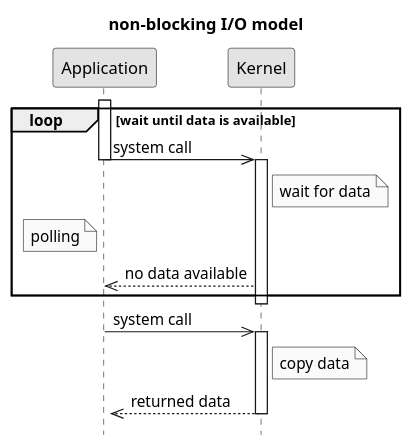
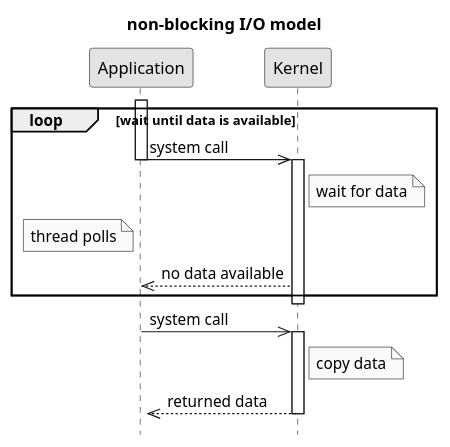
Before and after one commit to c0p4c4b4n4/demo-sockets-io-nio-nio2: the diagram in doc/plantuml/2. non-blocking IO model.puml, drawn with PlantUML. The commit also changed 6 other files, not shown here.

```diff
--- a/doc/plantuml/2. non-blocking IO model.puml
+++ b/doc/plantuml/2. non-blocking IO model.puml
@@ -1,25 +1,24 @@
 @startuml
 title non-blocking I/O model
 hide footbox
 skinparam monochrome true
 skinparam shadowing false
 activate Application
 loop wait until data is available
     Application->>Kernel: system call
     deactivate Application
     activate Kernel
     Note right of Kernel: wait for data
-    Note left of Application: polling
+    Note left of Application: thread polls
     Kernel-->>Application: no data available
 end
 deactivate Kernel
 activate Application
 Application->>Kernel: system call
 deactivate Application
 activate Kernel
 Note right of Kernel: copy data
 Kernel-->>Application: returned data
 deactivate Kernel
 activate Application
-deactivate Application
 @enduml
```
